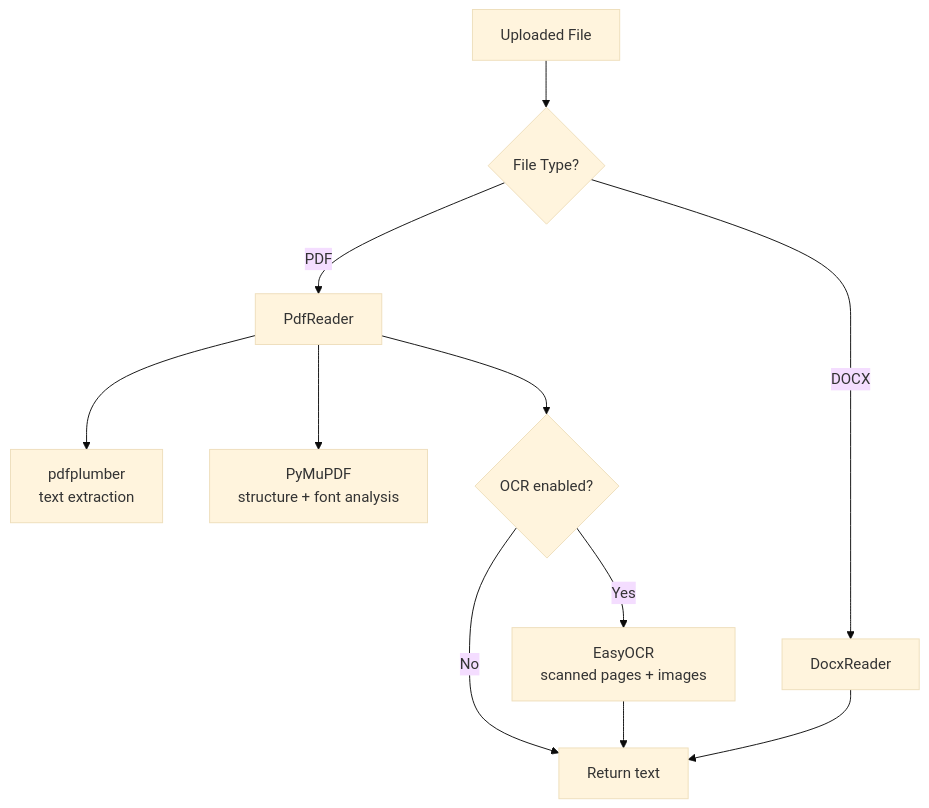
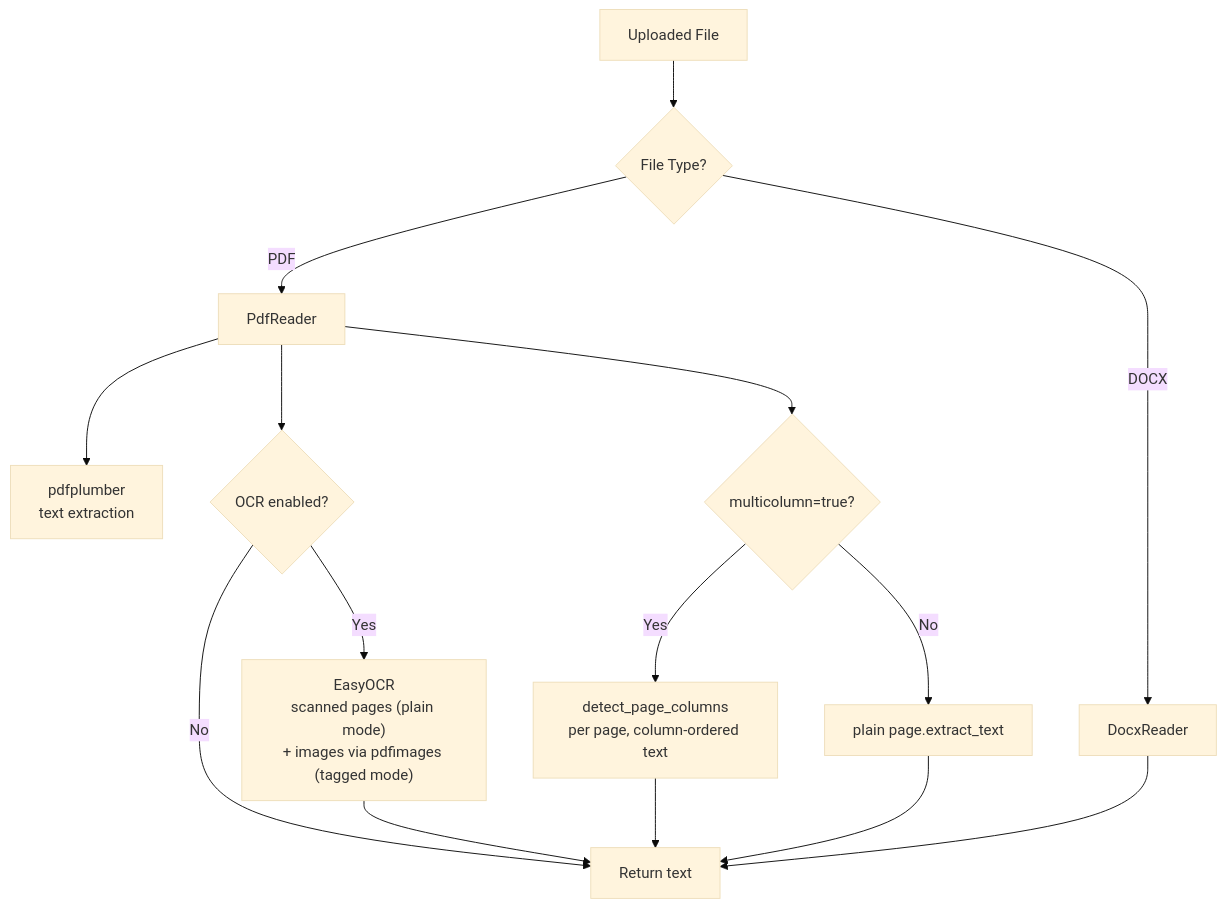
Before and after one commit to nahuelPanigo/document_extraction_llm: the diagram in docs/api/extractor.md, drawn with Mermaid (base theme). The commit also changed other lines of this file and 15 other files, not shown here.

````diff
--- a/docs/api/extractor.md
+++ b/docs/api/extractor.md
@@ -73,13 +78,17 @@
 ```mermaid
 flowchart TD
     A[Uploaded File] --> B{File Type?}
     B -->|PDF| C[PdfReader]
     B -->|DOCX| D[DocxReader]
     C --> E[pdfplumber\ntext extraction]
-    C --> F[PyMuPDF\nstructure + font analysis]
+    C --> CD{multicolumn=true?}
+    CD -->|Yes| CC[detect_page_columns\nper page, column-ordered text]
+    CD -->|No| CP[plain page.extract_text]
     C --> G{OCR enabled?}
-    G -->|Yes| H[EasyOCR\nscanned pages + images]
+    G -->|Yes| H["EasyOCR\nscanned pages (plain mode)\n+ images via pdfimages (tagged mode)"]
     G -->|No| I[Return text]
     H --> I
+    CC --> I
+    CP --> I
     D --> I
 ```
````
